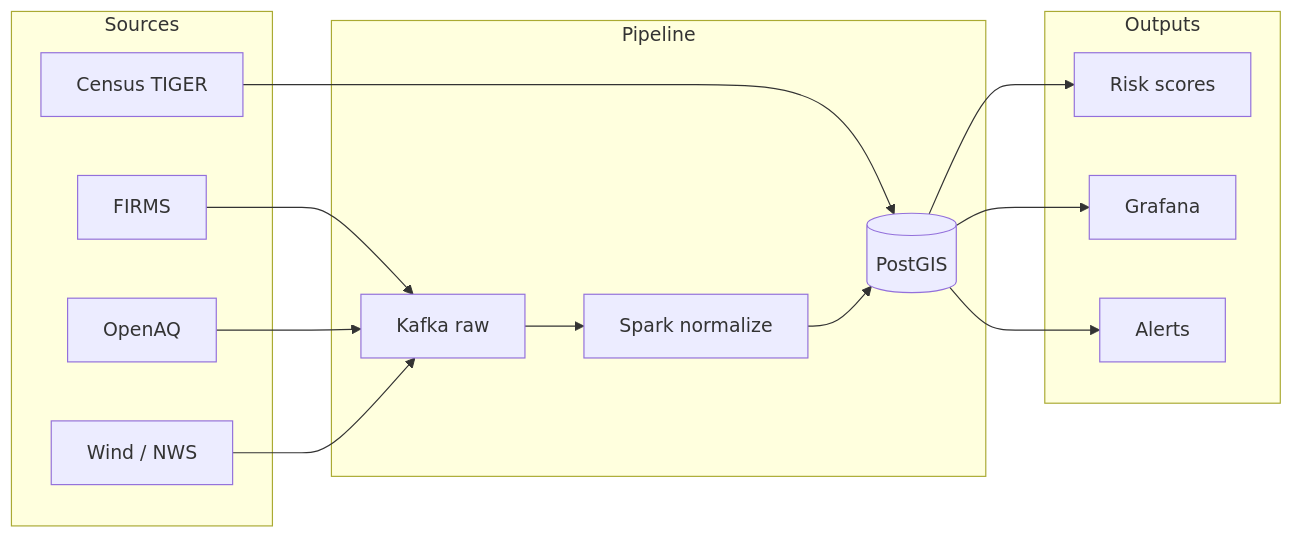
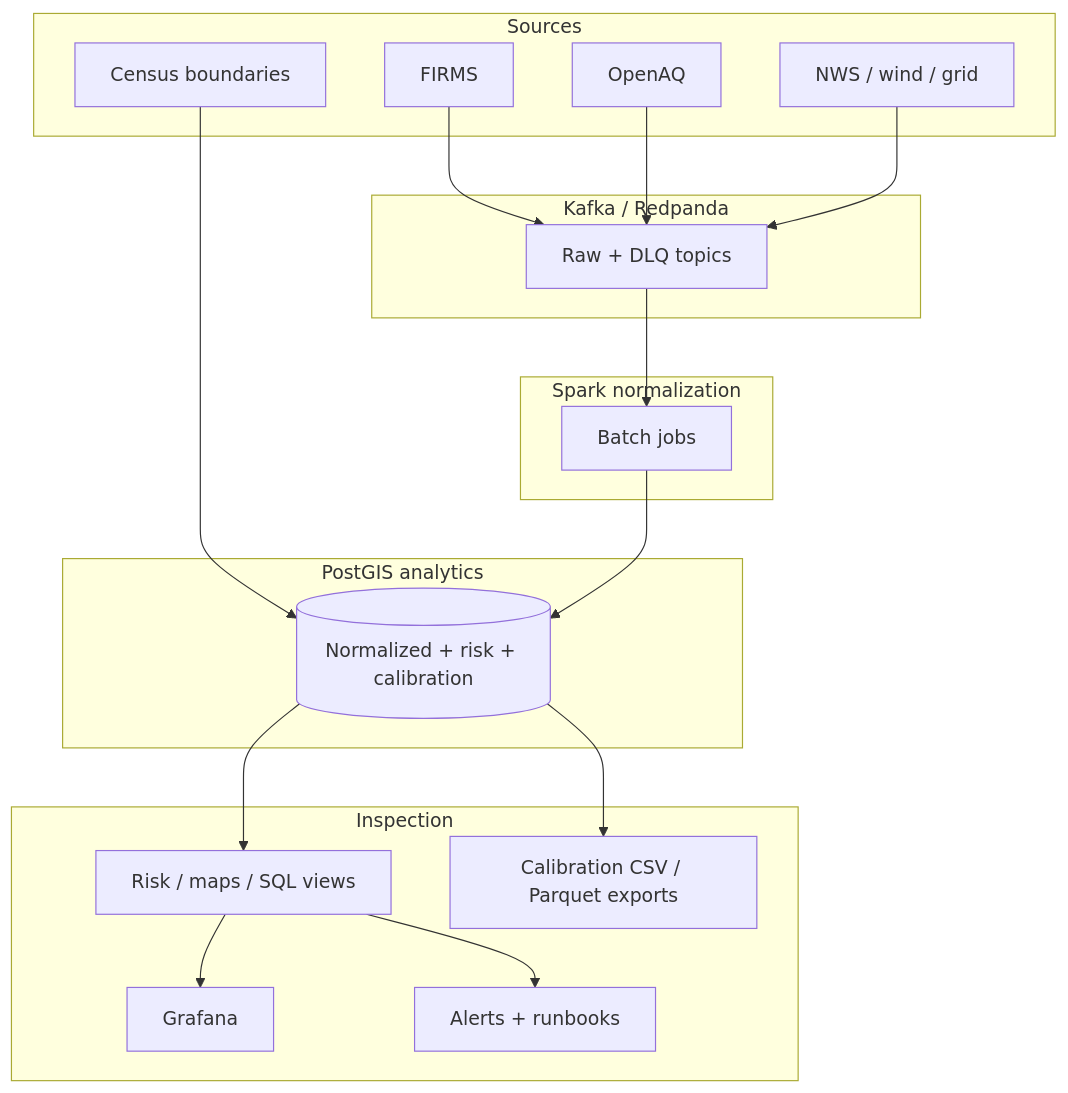
Before and after one commit to sempervent/wildfire-smoke-risk-correlator: the diagram in docs/architecture/dataflow.md, drawn with Mermaid. The commit also changed 10 other files, not shown here.

Commit message:
docs: polish MkDocs site and Mermaid support

````diff
--- a/docs/architecture/dataflow.md
+++ b/docs/architecture/dataflow.md
@@ -33,28 +33,34 @@
 ```mermaid
-flowchart LR
+flowchart TB
   subgraph sources["Sources"]
     F[FIRMS]
     A[OpenAQ]
-    W[Wind / NWS]
-    C[Census TIGER]
+    W[NWS / wind / grid]
+    C[Census boundaries]
   end
-  subgraph pipe["Pipeline"]
-    K[Kafka raw]
-    S[Spark normalize]
-    P[(PostGIS)]
+  subgraph buf["Kafka / Redpanda"]
+    K[Raw + DLQ topics]
   end
-  subgraph out["Outputs"]
-    R[Risk scores]
+  subgraph pipe["Spark normalization"]
+    S[Batch jobs]
+  end
+  subgraph pg["PostGIS analytics"]
+    P[(Normalized + risk + calibration)]
+  end
+  subgraph observe["Inspection"]
+    R[Risk / maps / SQL views]
     G[Grafana]
-    AL[Alerts]
+    AL[Alerts + runbooks]
+    E[Calibration CSV / Parquet exports]
   end
   F --> K
   A --> K
   W --> K
+  K --> S
   C --> P
-  K --> S
   S --> P
   P --> R
-  P --> G
-  P --> AL
+  R --> G
+  R --> AL
+  P --> E
 ```
````
